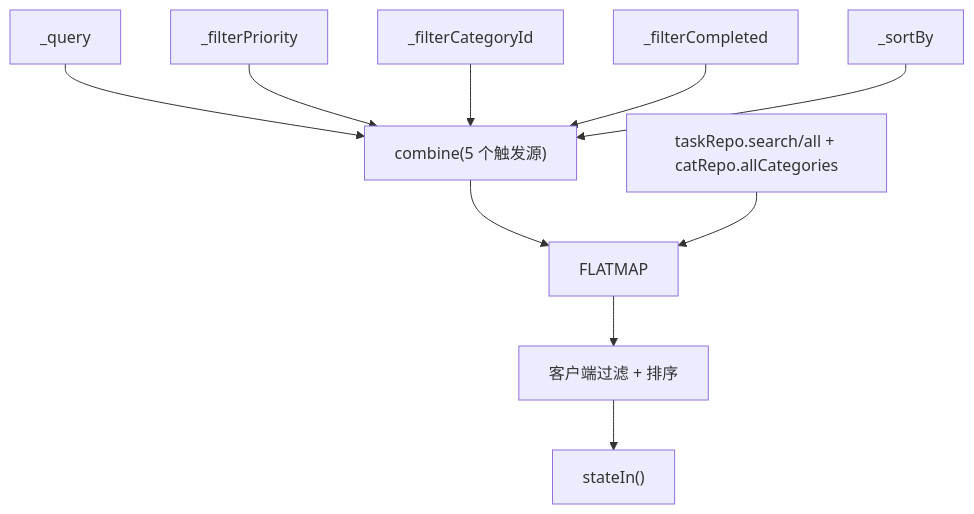
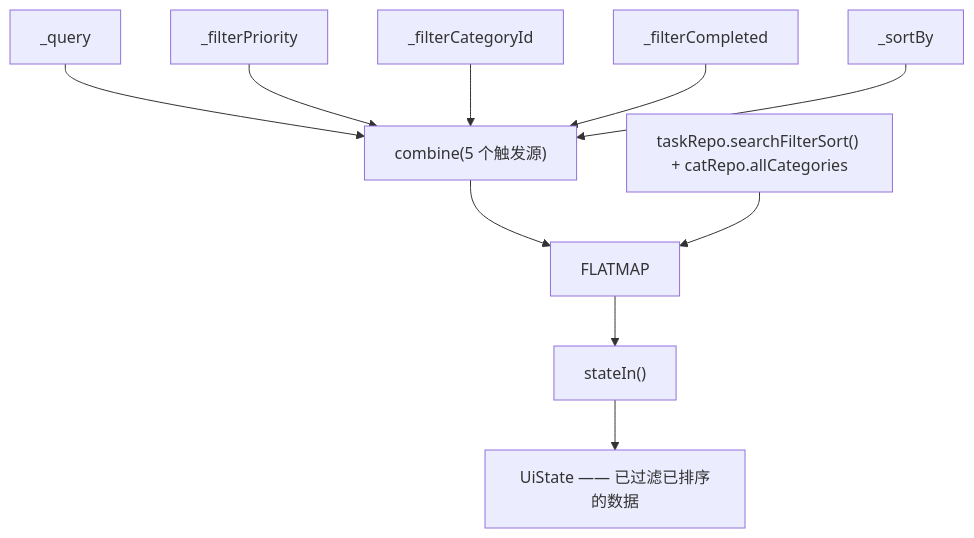
One commit to kindywu/MyTask_Android changed the eighth of 13 diagrams in ARCHITECTURE.md. Above: the diagram before and after it, drawn with Mermaid. The commit also changed other lines of this file and 2 other files, not shown here.

Commit message:
filter in db

````diff
--- a/ARCHITECTURE.md
+++ b/ARCHITECTURE.md
@@ -717,12 +719,12 @@
 ```mermaid
 graph TD
     Q["_query"] --> COMBINE5
     FP["_filterPriority"] --> COMBINE5
     FC["_filterCategoryId"] --> COMBINE5
     FD["_filterCompleted"] --> COMBINE5
     SORT["_sortBy"] --> COMBINE5
     COMBINE5["combine(5 个触发源)"] --> FLATMAP
-    REPO["taskRepo.search/all + catRepo.allCategories"] --> FLATMAP
-    FLATMAP --> FILTER["客户端过滤 + 排序"]
-    FILTER --> STATEIN["stateIn()"]
+    REPO["taskRepo.searchFilterSort() + catRepo.allCategories"] --> FLATMAP
+    FLATMAP --> STATEIN["stateIn()"]
+    STATEIN --> UI["UiState —— 已过滤已排序的数据"]
 ```
````
